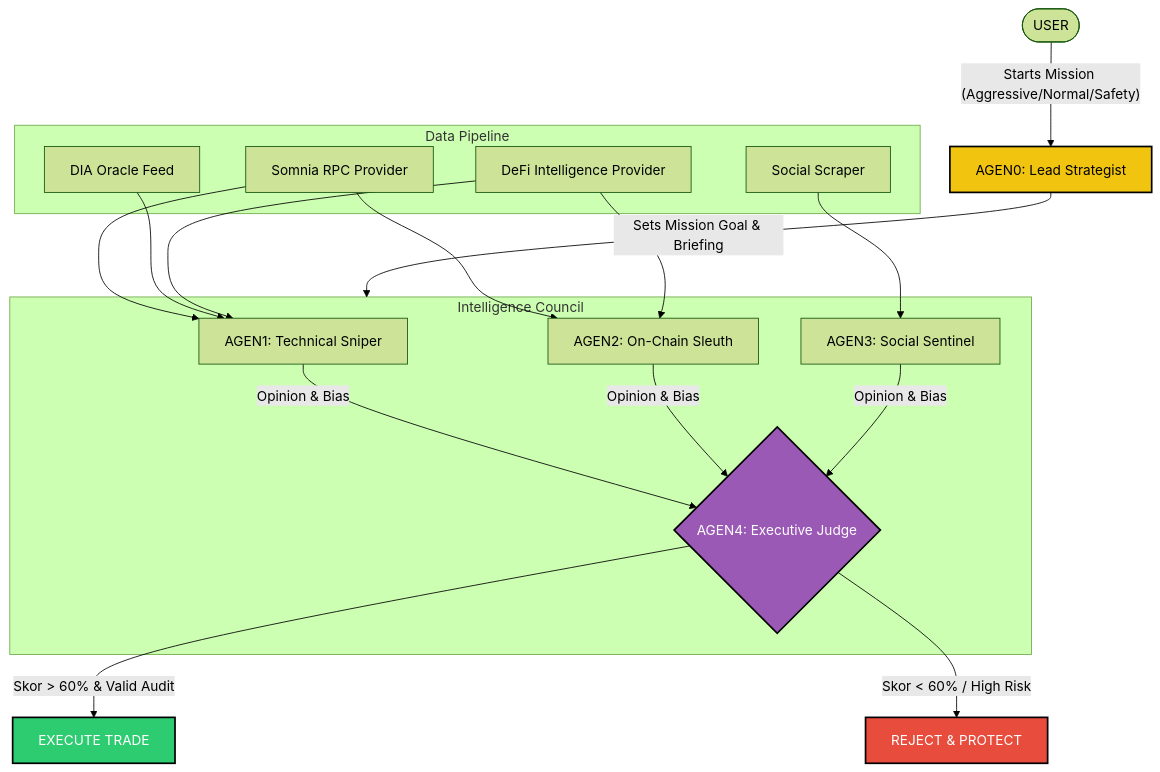
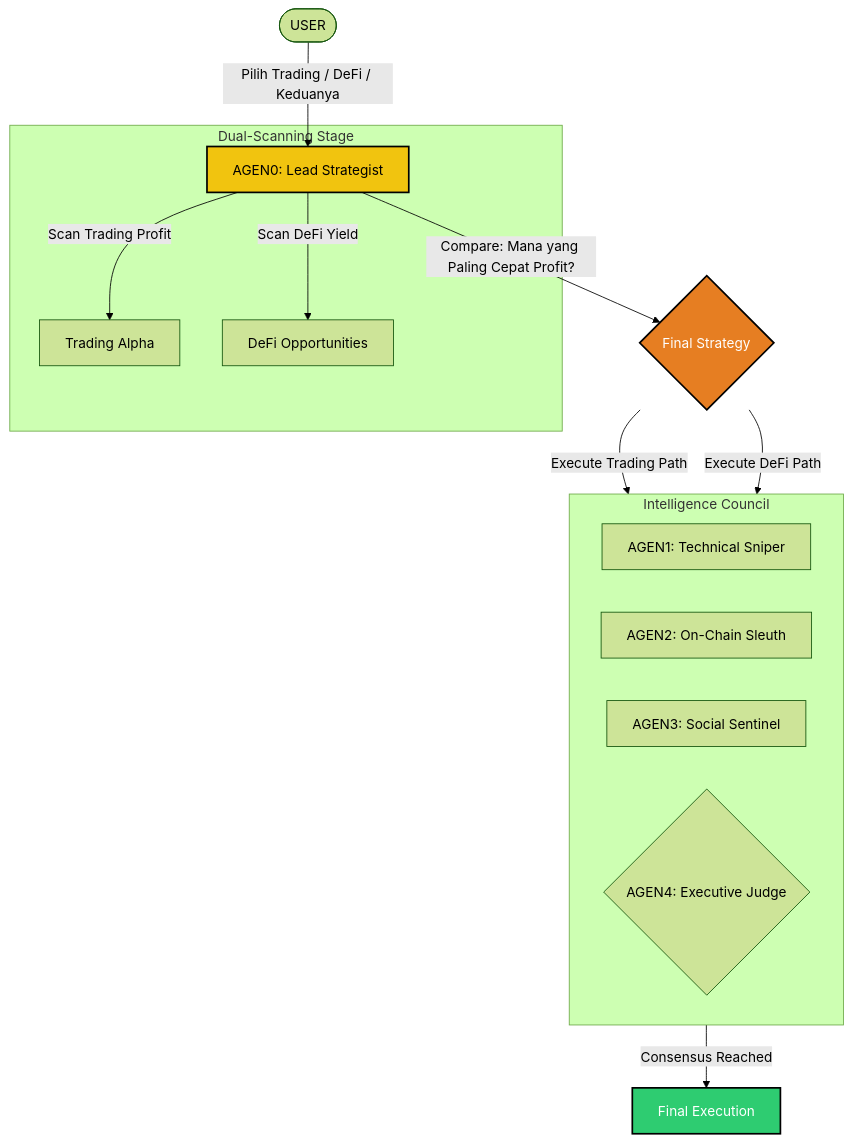
Before and after one commit to apilpirmangithub/SOMNIACONCEPT: the diagram in docs/ARCHITECTURE.md, drawn with Mermaid (forest theme). The commit also changed other lines of this file and 4 other files, not shown here.

Commit message:
Docs: Updated Architecture to V4 (Commander Choice & Dual-Scanning)

````diff
--- a/docs/ARCHITECTURE.md
+++ b/docs/ARCHITECTURE.md
@@ -7,37 +7,27 @@
 ```mermaid
 graph TD
-    User([USER]) -- "Starts Mission (Aggressive/Normal/Safety)" --> A0[AGEN0: Lead Strategist]
+    User([USER]) -- "Pilih Trading / DeFi / Keduanya" --> A0[AGEN0: Lead Strategist]
     
-    A0 -- "Sets Mission Goal & Briefing" --> Council
+    subgraph Analysis [Dual-Scanning Stage]
+        A0 -- "Scan Trading Profit" --> T[Trading Alpha]
+        A0 -- "Scan DeFi Yield" --> D[DeFi Opportunities]
+    end
+
+    A0 -- "Compare: Mana yang Paling Cepat Profit?" --> Decision{Final Strategy}
     
-    subgraph Data [Data Pipeline]
-        D1[Somnia RPC Provider]
-        D2[DIA Oracle Feed]
-        D3[Social Scraper]
-        D4[DeFi Intelligence Provider]
-    end
+    Decision -- "Execute Trading Path" --> Council
+    Decision -- "Execute DeFi Path" --> Council
 
     subgraph Council [Intelligence Council]
         A1[AGEN1: Technical Sniper]
         A2[AGEN2: On-Chain Sleuth]
         A3[AGEN3: Social Sentinel]
         A4{AGEN4: Executive Judge}
     end
 
-    D1 --> A1 & A2
-    D2 --> A1
-    D3 --> A3
-    D4 --> A1 & A2
-
-    A1 -- "Opinion & Bias" --> A4
-    A2 -- "Opinion & Bias" --> A4
-    A3 -- "Opinion & Bias" --> A4
-
-    A4 -- "Skor > 60% & Valid Audit" --> Exec[EXECUTE TRADE]
-    A4 -- "Skor < 60% / High Risk" --> Prot[REJECT & PROTECT]
+    Council -- "Consensus Reached" --> Final[Final Execution]
 
     style A0 fill:#f1c40f,stroke:#000,stroke-width:2px,color:#000
-    style A4 fill:#9b59b6,stroke:#000,stroke-width:2px,color:#fff
-    style Exec fill:#2ecc71,stroke:#000,stroke-width:2px,color:#fff
-    style Prot fill:#e74c3c,stroke:#000,stroke-width:2px,color:#fff
+    style Decision fill:#e67e22,stroke:#000,stroke-width:2px,color:#fff
+    style Final fill:#2ecc71,stroke:#000,stroke-width:2px,color:#fff
 ```
````
